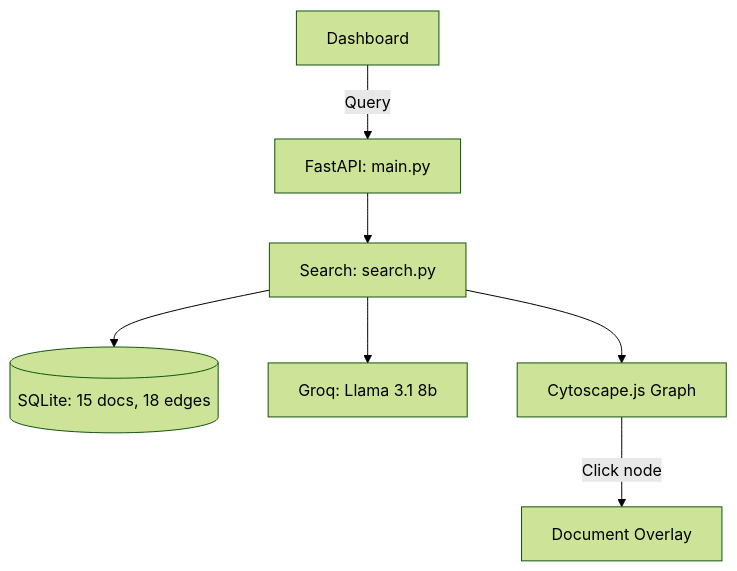
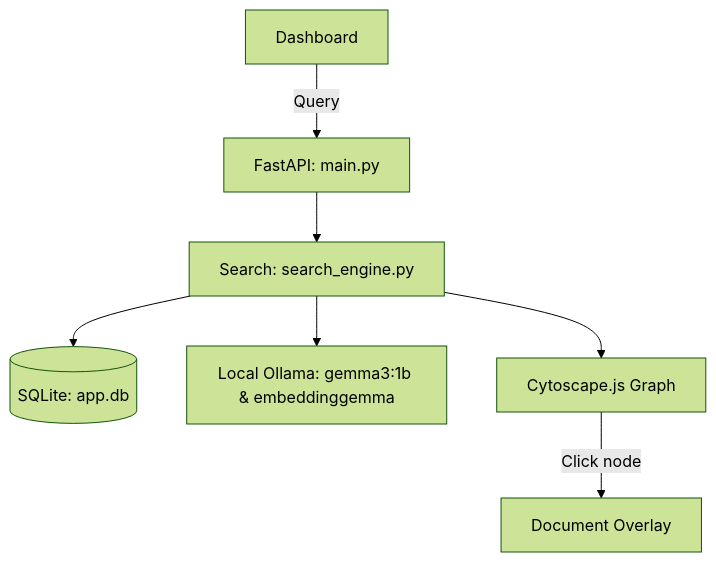
One commit to r0c0y/EmBiTS changed the diagram in README.md. Above: the diagram before and after it, drawn with Mermaid (forest theme). The commit also changed other lines of this file, not shown here.

Commit message:
docs: update README to describe local Ollama config and PP-OCRv5 model weights

````diff
--- a/README.md
+++ b/README.md
@@ -13,9 +9,9 @@
 ```mermaid
 graph TD
     UI[Dashboard] -->|Query| API[FastAPI: main.py]
-    API --> Search[Search: search.py]
-    Search --> DB[(SQLite: 15 docs, 18 edges)]
-    Search --> Groq[Groq: Llama 3.1 8b]
+    API --> Search[Search: search_engine.py]
+    Search --> DB[(SQLite: app.db)]
+    Search --> Ollama[Local Ollama: gemma3:1b & embeddinggemma]
     Search --> Cytoscape[Cytoscape.js Graph]
     Cytoscape -->|Click node| Viewer[Document Overlay]
 ```
````
